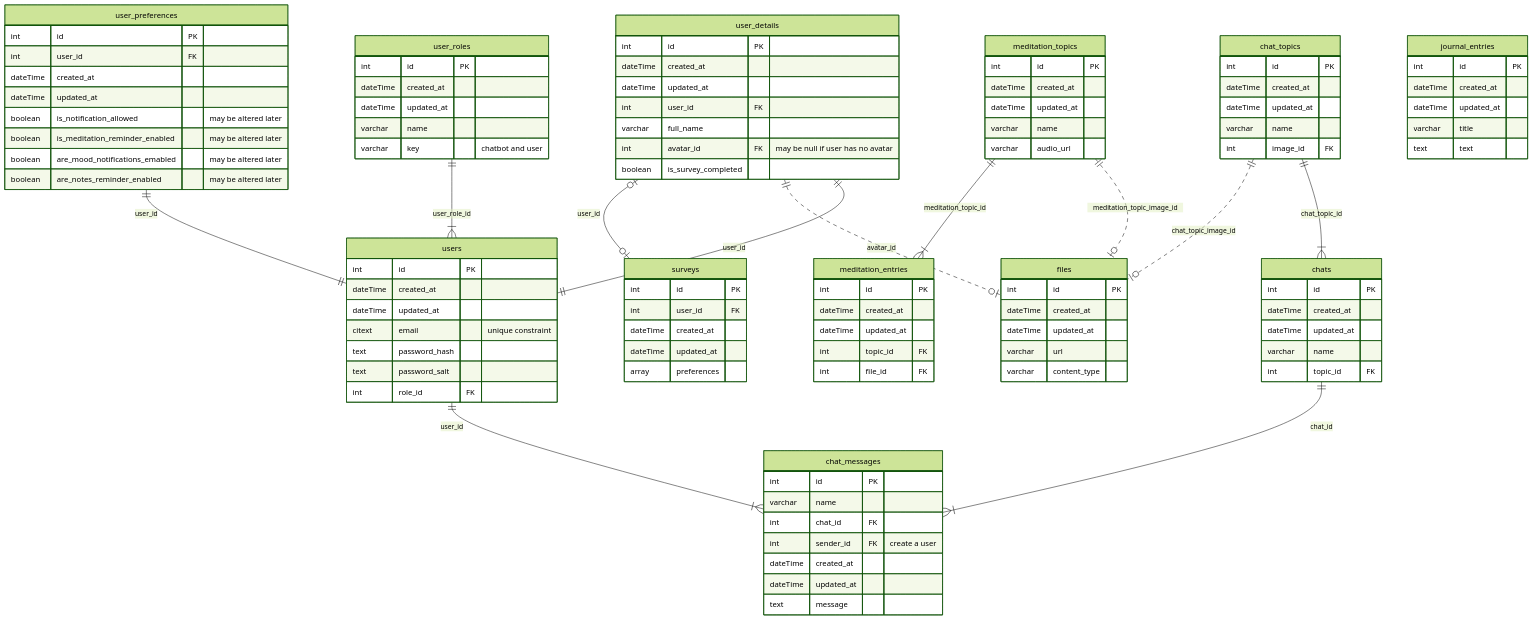
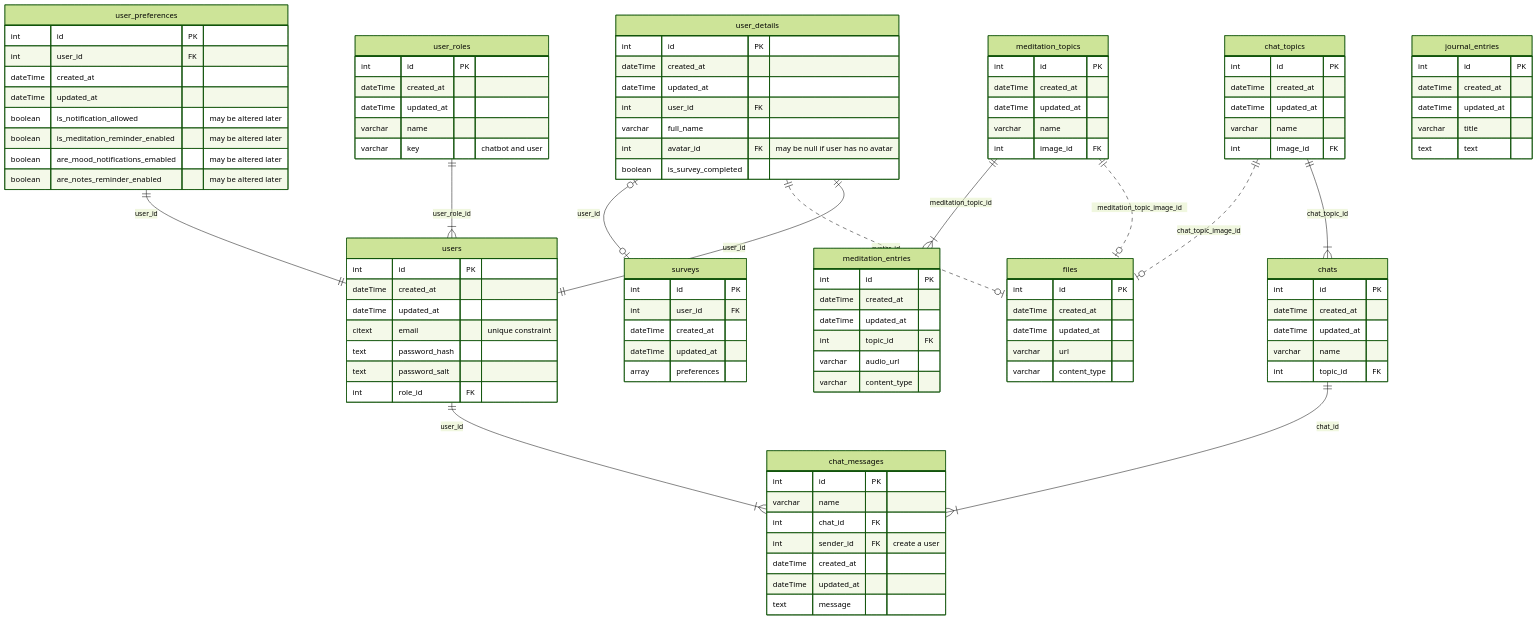
Before and after one commit to BinaryStudioAcademy/bsa-2023-calmpal: the diagram in readme.md, drawn with Mermaid (forest theme).

Commit message:
cp-160: * readme

```diff
--- a/readme.md
+++ b/readme.md
@@ -96,14 +96,15 @@
       dateTime created_at
       dateTime updated_at
       varchar name
-      varchar audio_url
+      int image_id FK
    }
    meditation_entries {
       int id PK
       dateTime created_at
       dateTime updated_at
       int topic_id FK
-      int file_id FK
+      varchar audio_url
+      varchar content_type
    }
    journal_entries {
       int id PK
```
